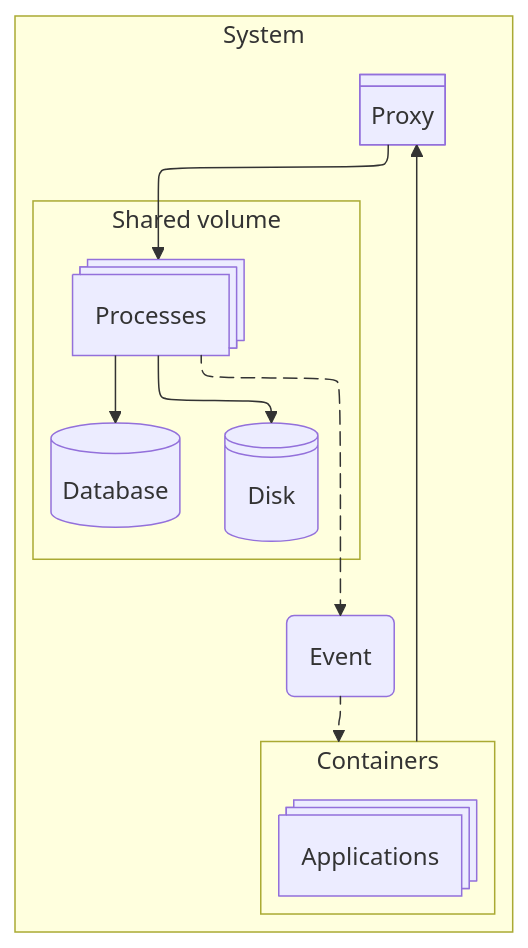
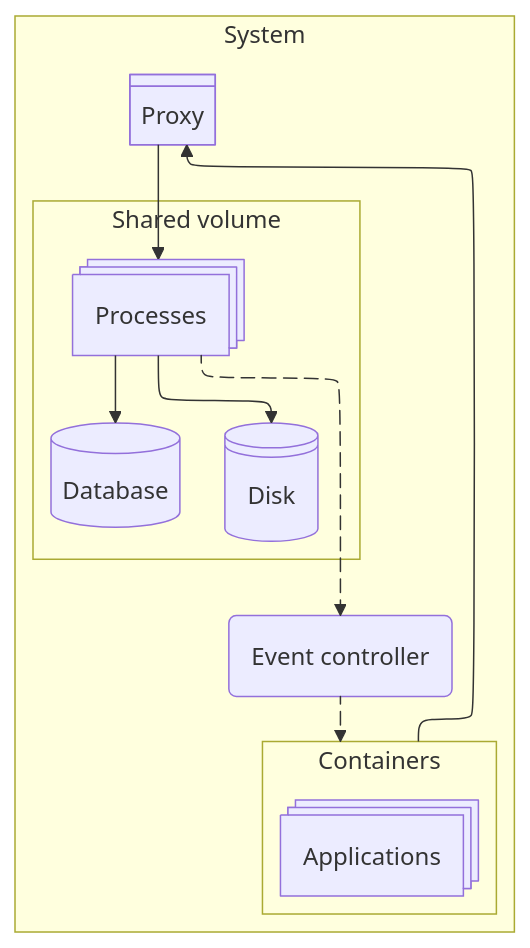
The first of 2 diagrams in README.md (FBGFi/docker-ipc), drawn with Mermaid before and after one commit. The commit also changed 4 other files, not shown here.

````diff
--- a/README.md
+++ b/README.md
@@ -5,27 +5,27 @@
 ```mermaid
 ---
 config:
   flowchart:
     defaultRenderer: "elk"
 ---
 flowchart
   subgraph sys[System]
     direction TB
     subgraph containers[Containers]
       apps@{ shape: processes, label: "Applications" }
     end
     proxy@{ shape: div-rect, label: "Proxy" }
-    event@{ shape: rounded, label: "Event" }
+    event@{ shape: rounded, label: "Event controller" }
     containers --> proxy --> processes
     subgraph volume["Shared volume"]
       direction TB
       processes@{ shape: processes, label: "Processes" }
       disk@{ shape: lin-cyl, label: "Disk" }
       db@{ shape: cyl, label: "Database" }
       processes --> disk & db
     end
     processes e1@--> event e2@--> containers
     e1@{ animate: true }
     e2@{ animate: true }
   end
 ```
````
